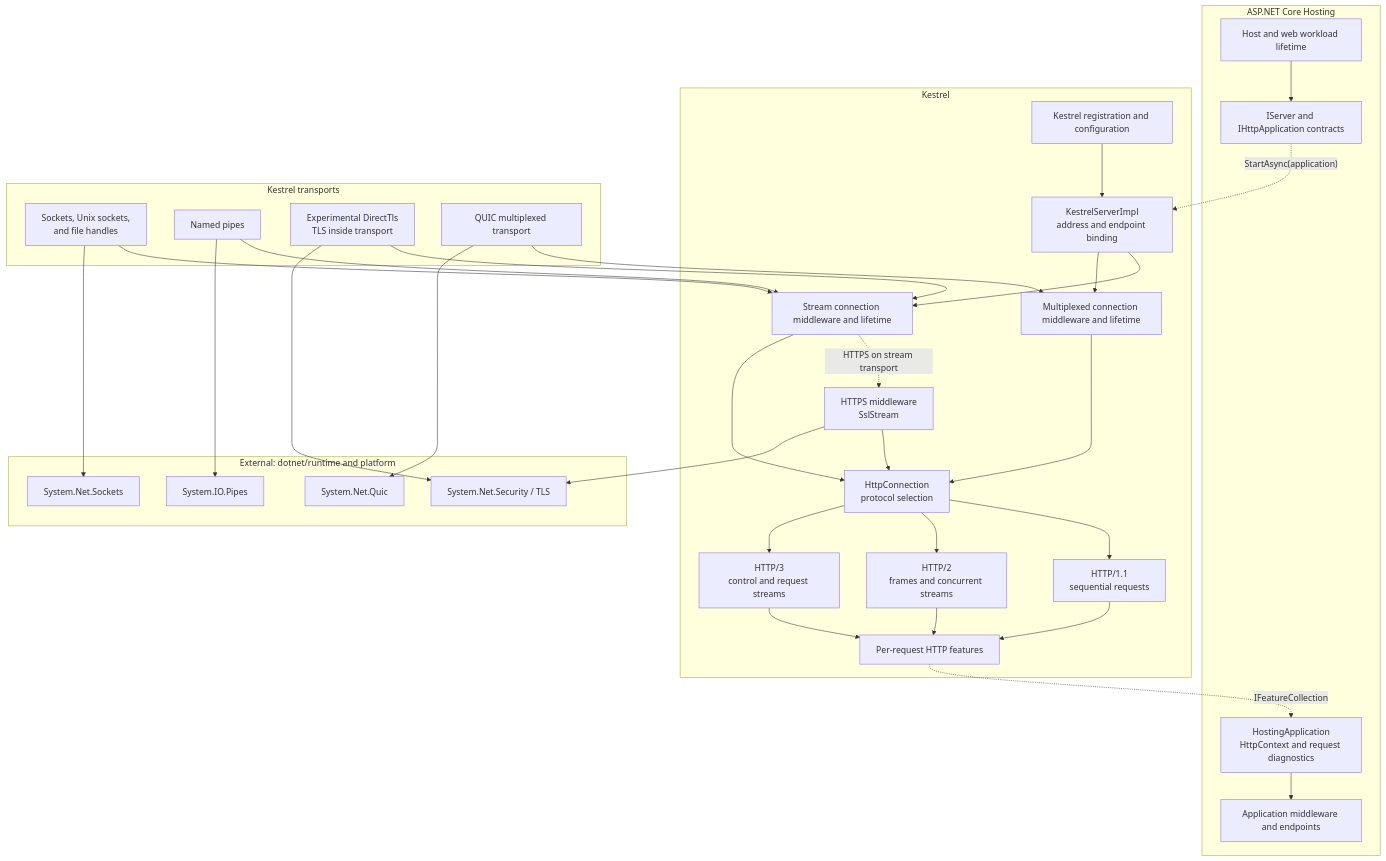
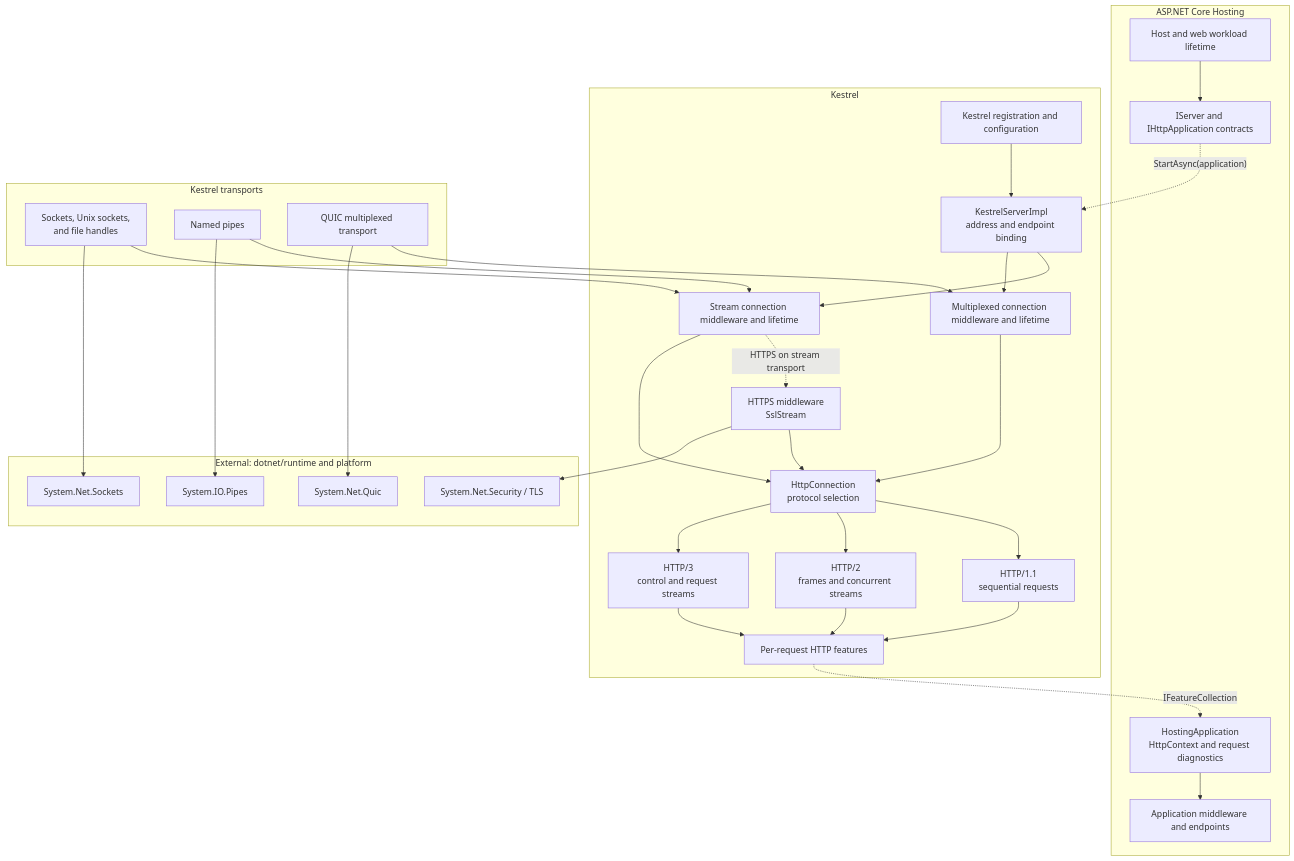
Before and after one commit to dotnet/aspnetcore: the first of 2 diagrams in src/Servers/Kestrel/ARCHITECTURE.md, drawn with Mermaid. The commit also changed other lines of this file, not shown here.

First line of the commit message:
Remove DirectTLS from Kestrel architecture doc

````diff
--- a/src/Servers/Kestrel/ARCHITECTURE.md
+++ b/src/Servers/Kestrel/ARCHITECTURE.md
@@ -27,67 +27,64 @@
 ```mermaid
 flowchart TB
     Application["Application middleware and endpoints"]
 
     subgraph Hosting["ASP.NET Core Hosting"]
         Host["Host and web workload lifetime"]
         ServerContract["IServer and IHttpApplication contracts"]
         Adapter["HostingApplication<br/>HttpContext and request diagnostics"]
         Host --> ServerContract
         Adapter --> Application
     end
 
     subgraph Kestrel["Kestrel"]
         Registration["Kestrel registration and configuration"]
         Binding["KestrelServerImpl<br/>address and endpoint binding"]
         StreamPipeline["Stream connection middleware and lifetime"]
         MultiplexedPipeline["Multiplexed connection middleware and lifetime"]
         TlsMiddleware["HTTPS middleware<br/>SslStream"]
         ProtocolSelection["HttpConnection<br/>protocol selection"]
         Http1["HTTP/1.1<br/>sequential requests"]
         Http2["HTTP/2<br/>frames and concurrent streams"]
         Http3["HTTP/3<br/>control and request streams"]
         Features["Per-request HTTP features"]
 
         Registration --> Binding
         Binding --> StreamPipeline
         Binding --> MultiplexedPipeline
         StreamPipeline -. "HTTPS on stream transport" .-> TlsMiddleware
         StreamPipeline --> ProtocolSelection
         TlsMiddleware --> ProtocolSelection
         MultiplexedPipeline --> ProtocolSelection
         ProtocolSelection --> Http1
         ProtocolSelection --> Http2
         ProtocolSelection --> Http3
         Http1 --> Features
         Http2 --> Features
         Http3 --> Features
     end
 
     subgraph Transports["Kestrel transports"]
         Sockets["Sockets, Unix sockets,<br/>and file handles"]
         NamedPipes["Named pipes"]
-        DirectTls["Experimental DirectTls<br/>TLS inside transport"]
         Quic["QUIC multiplexed transport"]
     end
 
     subgraph Runtime["External: dotnet/runtime and platform"]
         SocketRuntime["System.Net.Sockets"]
         PipesRuntime["System.IO.Pipes"]
         TlsRuntime["System.Net.Security / TLS"]
         QuicRuntime["System.Net.Quic"]
     end
 
     ServerContract -. "StartAsync(application)" .-> Binding
     Features -. "IFeatureCollection" .-> Adapter
 
     Sockets --> StreamPipeline
     NamedPipes --> StreamPipeline
-    DirectTls --> StreamPipeline
     Quic --> MultiplexedPipeline
 
     Sockets --> SocketRuntime
     NamedPipes --> PipesRuntime
     TlsMiddleware --> TlsRuntime
-    DirectTls --> TlsRuntime
     Quic --> QuicRuntime
 ```
````
